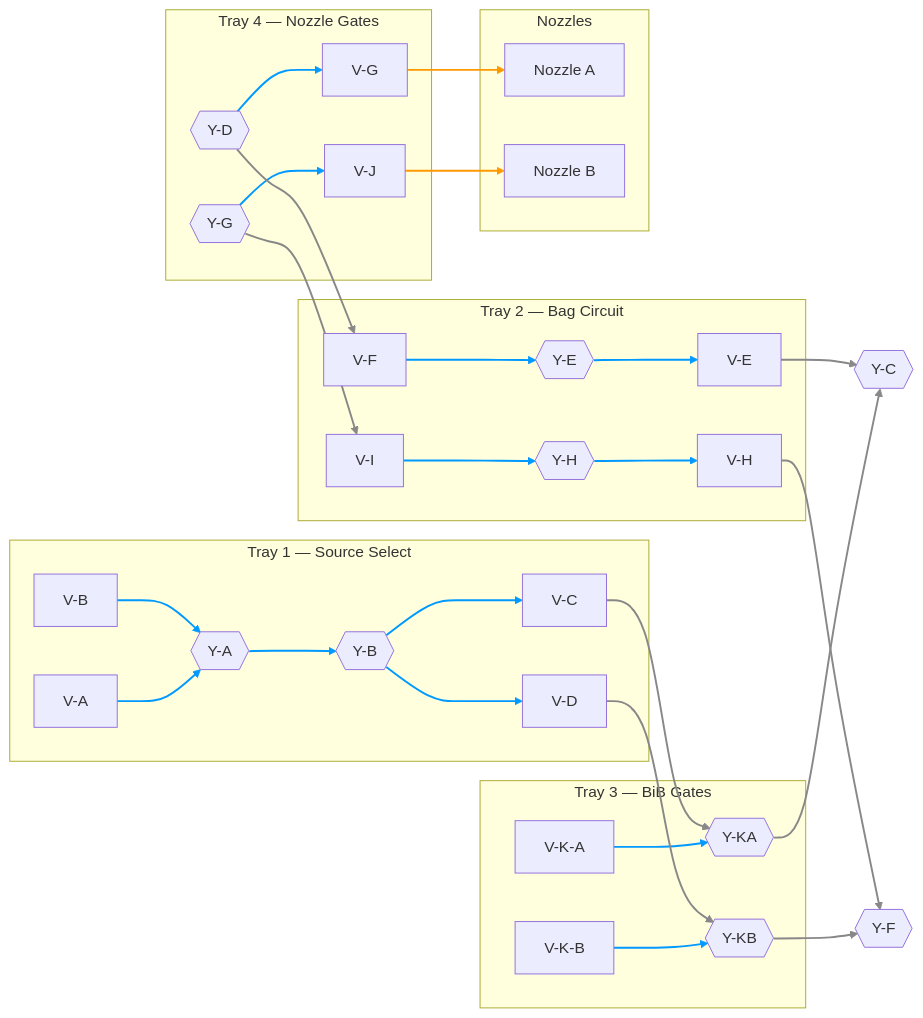
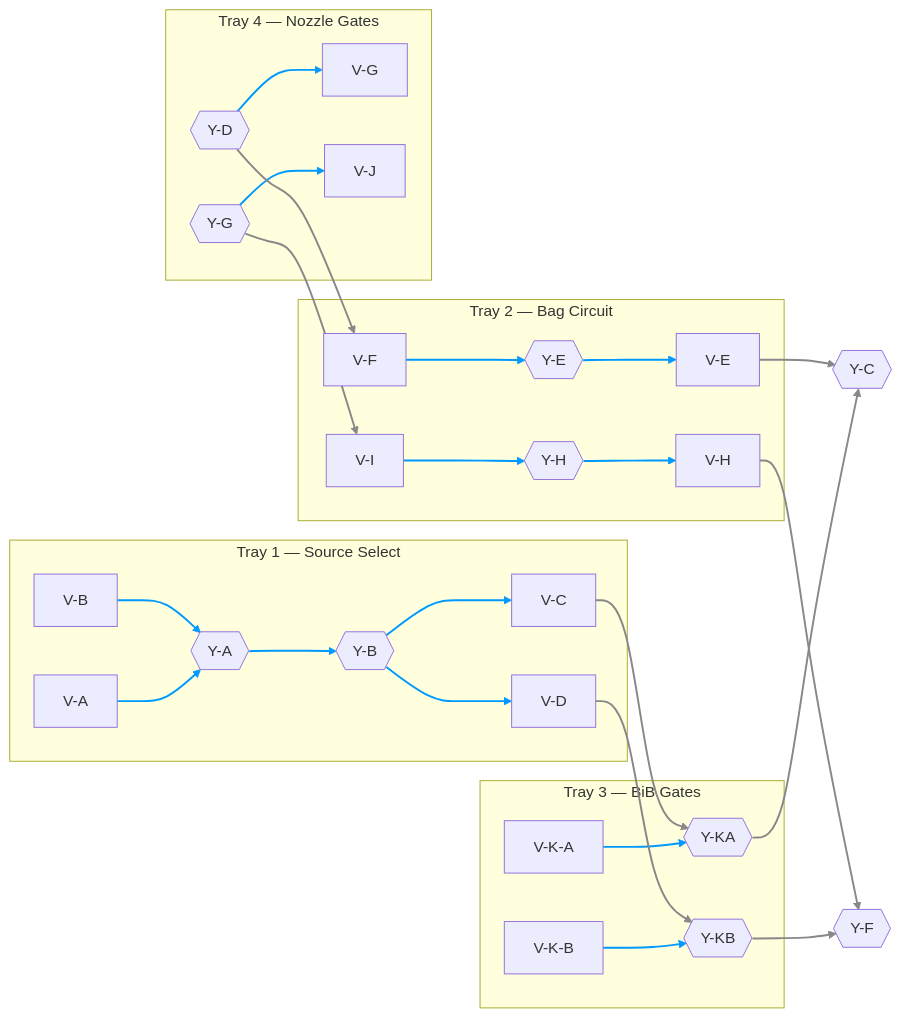
One commit to derekbreden/homesodamachine changed the diagram in hardware/topology/fluid-topology-trays.mmd. Above: the diagram before and after it, drawn with Mermaid.

Commit message:
topology: drop nozzles from tray diagram
Remove the Nozzles group and the two valve->nozzle links. Only blue
on-tray and gray between-tray links remain.

```diff
--- a/hardware/topology/fluid-topology-trays.mmd
+++ b/hardware/topology/fluid-topology-trays.mmd
@@ -1,81 +1,71 @@
 flowchart LR
 
   %% Valve-manifold fluid topology grouped by physical tray. Each box is a tray;
   %% the nodes inside are the valves and Y-dividers it carries. Blue links are
-  %% on-tray valve-to-divider seats; gray links run between trays; orange links
-  %% leave the manifold to the nozzles. Y-C and Y-F are not assigned to a tray.
-  %% Source, pump, and bag endpoints are omitted.
+  %% on-tray valve-to-divider seats; gray links run between trays. Y-C and Y-F
+  %% are not assigned to a tray. Source, pump, bag, and nozzle endpoints are
+  %% omitted.
 
   subgraph Tray1["Tray 1 — Source Select"]
     VA["V-A"]
     VB["V-B"]
     YA{{"Y-A"}}
     YB{{"Y-B"}}
     VC["V-C"]
     VD["V-D"]
   end
 
   subgraph Tray2["Tray 2 — Bag Circuit"]
     VE["V-E"]
     VF["V-F"]
     YE{{"Y-E"}}
     VH["V-H"]
     VI["V-I"]
     YH{{"Y-H"}}
   end
 
   subgraph Tray3["Tray 3 — BiB Gates"]
     VKA["V-K-A"]
     VKB["V-K-B"]
     YKA{{"Y-KA"}}
     YKB{{"Y-KB"}}
   end
 
   subgraph Tray4["Tray 4 — Nozzle Gates"]
     VG["V-G"]
     VJ["V-J"]
     YD{{"Y-D"}}
     YG{{"Y-G"}}
   end
 
   YC{{"Y-C"}}
   YF{{"Y-F"}}
 
-  subgraph Nozzles["Nozzles"]
-    NozzleA["Nozzle A"]
-    NozzleB["Nozzle B"]
-  end
-
   %% ---- On-tray seats (blue, links 0-12) ----
   VA --> YA
   VB --> YA
   YA --> YB
   YB --> VC
   YB --> VD
   VF --> YE
   YE --> VE
   VI --> YH
   YH --> VH
   VKA --> YKA
   VKB --> YKB
   YD --> VG
   YG --> VJ
 
   %% ---- Between trays (gray, links 13-20) ----
   VC --> YKA
   VD --> YKB
   YKA --> YC
   YKB --> YF
   VE --> YC
   VH --> YF
   YD --> VF
   YG --> VI
 
-  %% ---- To nozzles (orange, links 21-22) ----
-  VG --> NozzleA
-  VJ --> NozzleB
-
   %% ---- Link styling ----
   linkStyle 0,1,2,3,4,5,6,7,8,9,10,11,12 stroke:#09f,stroke-width:2px
   linkStyle 13,14,15,16,17,18,19,20 stroke:#888,stroke-width:2px
-  linkStyle 21,22 stroke:#f90,stroke-width:2px
```
